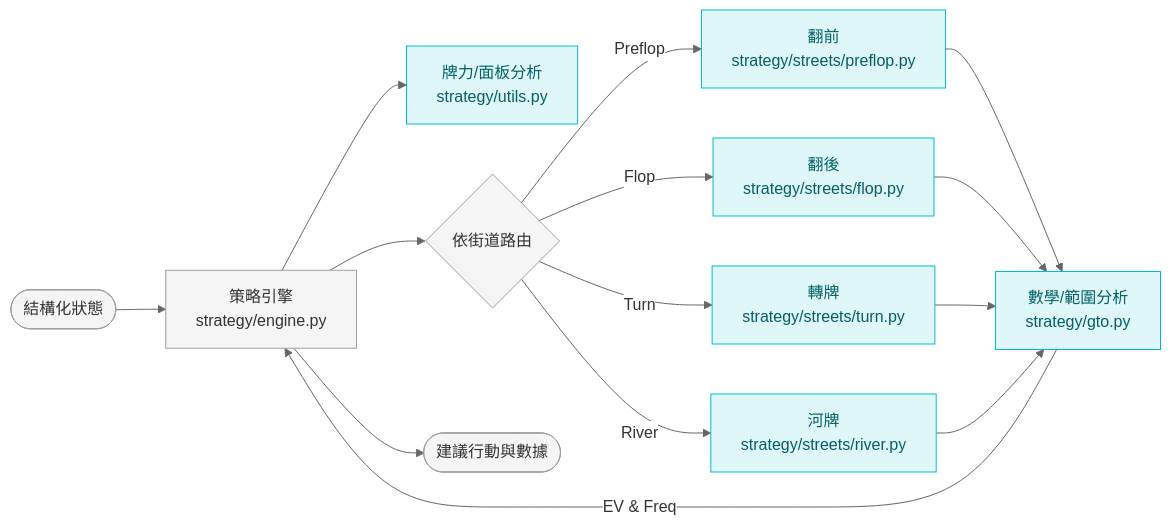
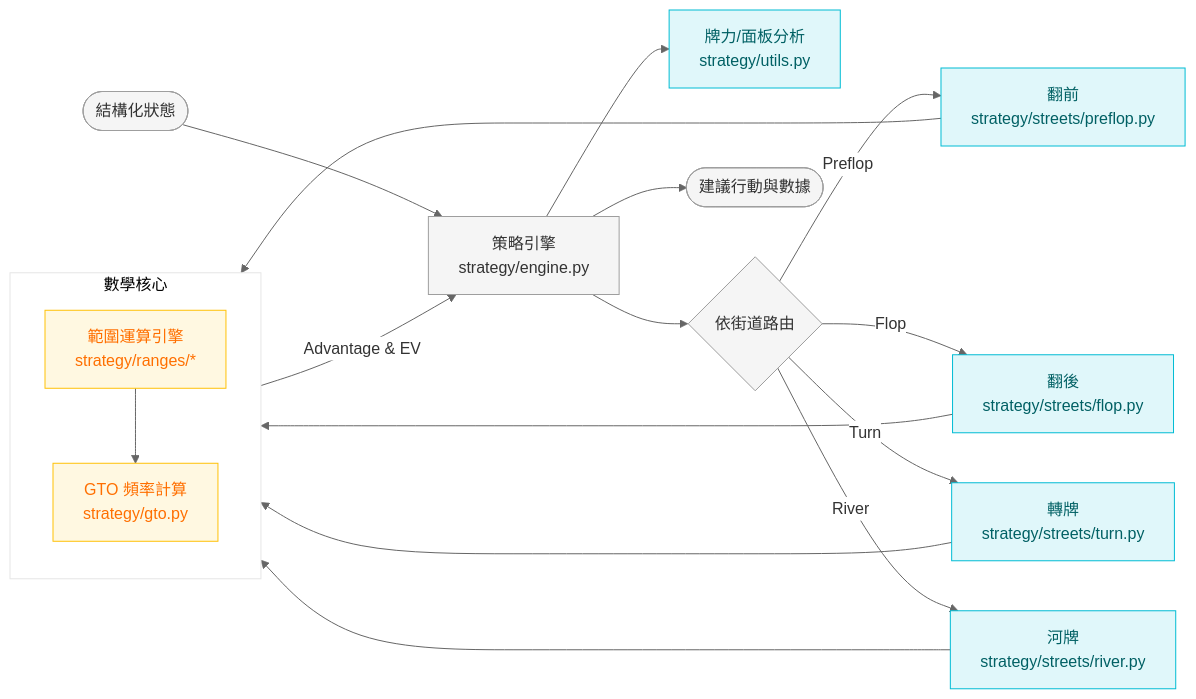
One commit to darkloudddd/my-poker-coach changed the third of 5 diagrams in project_workflow.md. Above: the diagram before and after it, drawn with Mermaid. The commit also changed 2 other files, not shown here.

Commit message:
Enhance UX & Docs: Auto-launch browser, clean scripts, update workflow architecture

````diff
--- a/project_workflow.md
+++ b/project_workflow.md
@@ -66,21 +66,30 @@
 ```mermaid
 %%{init: {'theme': 'base', 'themeVariables': { 'primaryColor': '#fcfcfc', 'primaryTextColor': '#333', 'lineColor': '#666', 'edgeLabelBackground': '#ffffff'}}}%%
 graph LR
     State([結構化狀態]) --> Engine[策略引擎<br/>strategy/engine.py]
     
     Engine --> Analyzer[牌力/面板分析<br/>strategy/utils.py]
     
     Engine --> Router{依街道路由}
     Router -->|Preflop| Pre[翻前<br/>strategy/streets/preflop.py]
     Router -->|Flop| Flop[翻後<br/>strategy/streets/flop.py]
     Router -->|Turn| Turn[轉牌<br/>strategy/streets/turn.py]
     Router -->|River| River[河牌<br/>strategy/streets/river.py]
+
+    subgraph CoreMath [數學核心]
+        direction TB
+        Range[範圍運算引擎<br/>strategy/ranges/*]
+        GTO[GTO 頻率計算<br/>strategy/gto.py]
+    end
     
-    Pre & Flop & Turn & River --> GTO[數學/範圍分析<br/>strategy/gto.py]
-    GTO -->|EV & Freq| Engine
+    Pre & Flop & Turn & River --> Range
+    Range --> GTO
+    GTO -->|Advantage & EV| Engine
     Engine --> Result([建議行動與數據])
 
     classDef default fill:#f5f5f5,stroke:#9e9e9e,stroke-width:1px,color:#333;
     classDef logic fill:#e0f7fa,stroke:#00bcd4,stroke-width:1px,color:#006064;
-    class Pre,Flop,Turn,River,Analyzer,GTO logic;
+    classDef math fill:#fff8e1,stroke:#ffc107,stroke-width:1px,color:#ff6f00;
+    class Pre,Flop,Turn,River,Analyzer logic;
+    class Range,GTO math;
 ```
````
